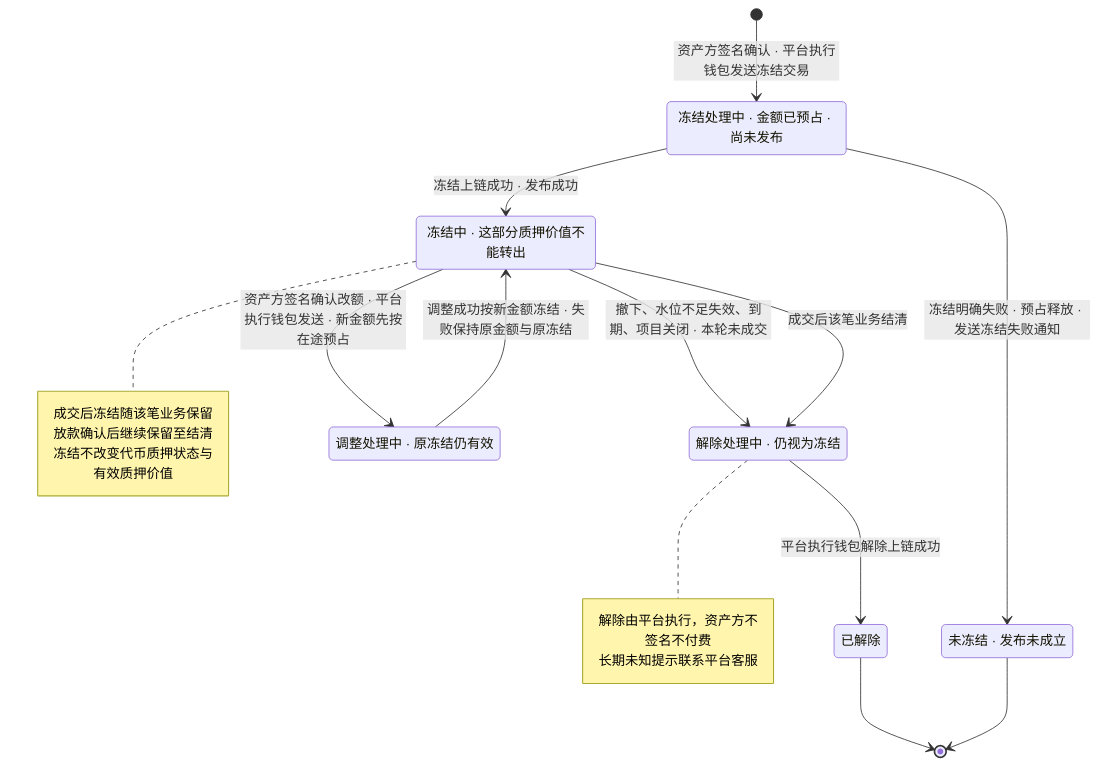
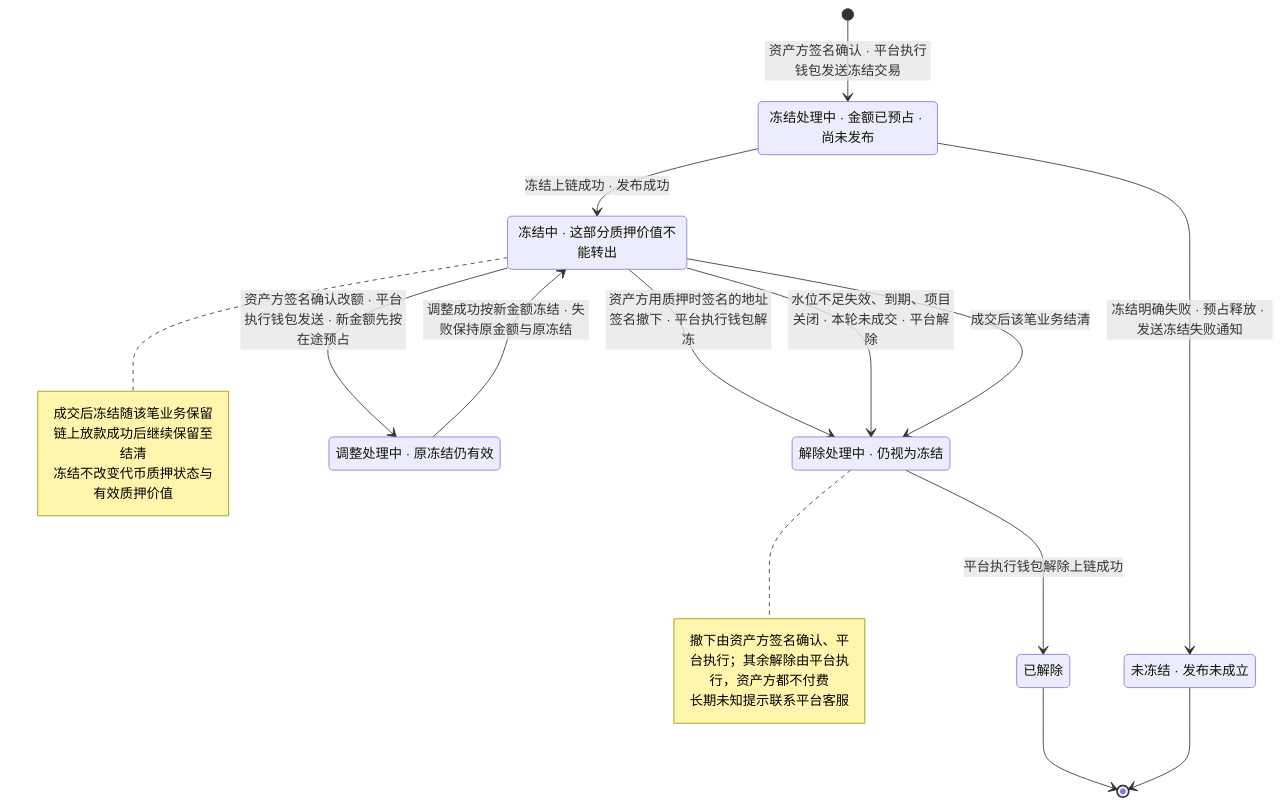
Before and after one commit to wxblockchain/Chain-Financing: the tenth of 10 diagrams in lending-platform/PRD/面客端/05-借贷广场-融资需求与代币质押/02-融资需求与代币质押-流程图与状态机.md, drawn with Mermaid. The commit also changed other lines of this file and 5 other files, not shown here.

````diff
--- a/lending-platform/PRD/面客端/05-借贷广场-融资需求与代币质押/02-融资需求与代币质押-流程图与状态机.md
+++ b/lending-platform/PRD/面客端/05-借贷广场-融资需求与代币质押/02-融资需求与代币质押-流程图与状态机.md
@@ -315,28 +319,29 @@
 ```mermaid
 stateDiagram-v2
   F0: 冻结处理中 · 金额已预占 · 尚未发布
   F1: 冻结中 · 这部分质押价值不能转出
   F2: 解除处理中 · 仍视为冻结
   F3: 已解除
   FA: 调整处理中 · 原冻结仍有效
   FX: 未冻结 · 发布未成立
   [*] --> F0: 资产方签名确认 · 平台执行钱包发送冻结交易
   F0 --> F1: 冻结上链成功 · 发布成功
   F0 --> FX: 冻结明确失败 · 预占释放 · 发送冻结失败通知
   F1 --> FA: 资产方签名确认改额 · 平台执行钱包发送 · 新金额先按在途预占
   FA --> F1: 调整成功按新金额冻结 · 失败保持原金额与原冻结
-  F1 --> F2: 撤下、水位不足失效、到期、项目关闭 · 本轮未成交
+  F1 --> F2: 资产方用质押时签名的地址签名撤下 · 平台执行钱包解冻
+  F1 --> F2: 水位不足失效、到期、项目关闭 · 本轮未成交 · 平台解除
   F1 --> F2: 成交后该笔业务结清
   F2 --> F3: 平台执行钱包解除上链成功
   F3 --> [*]
   FX --> [*]
   note right of F1
     成交后冻结随该笔业务保留
-    放款确认后继续保留至结清
+    链上放款成功后继续保留至结清
     冻结不改变代币质押状态与有效质押价值
   end note
   note right of F2
-    解除由平台执行，资产方不签名不付费
+    撤下由资产方签名确认、平台执行；其余解除由平台执行，资产方都不付费
     长期未知提示联系平台客服
   end note
 ```
````
